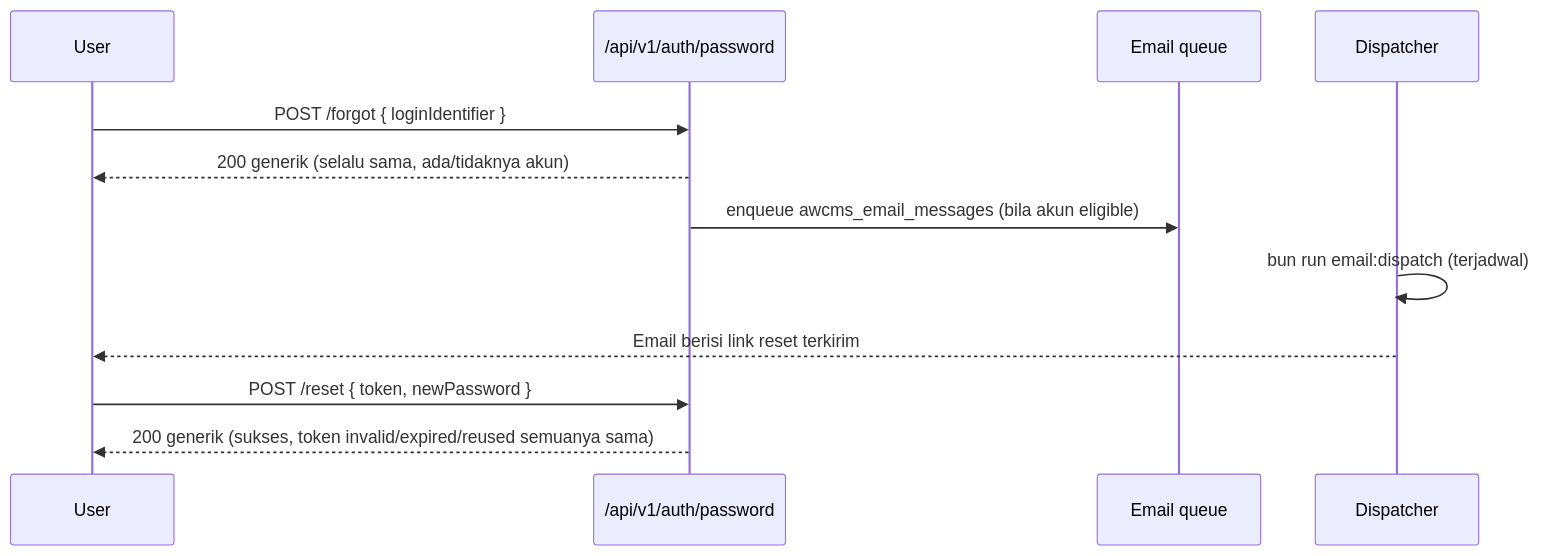
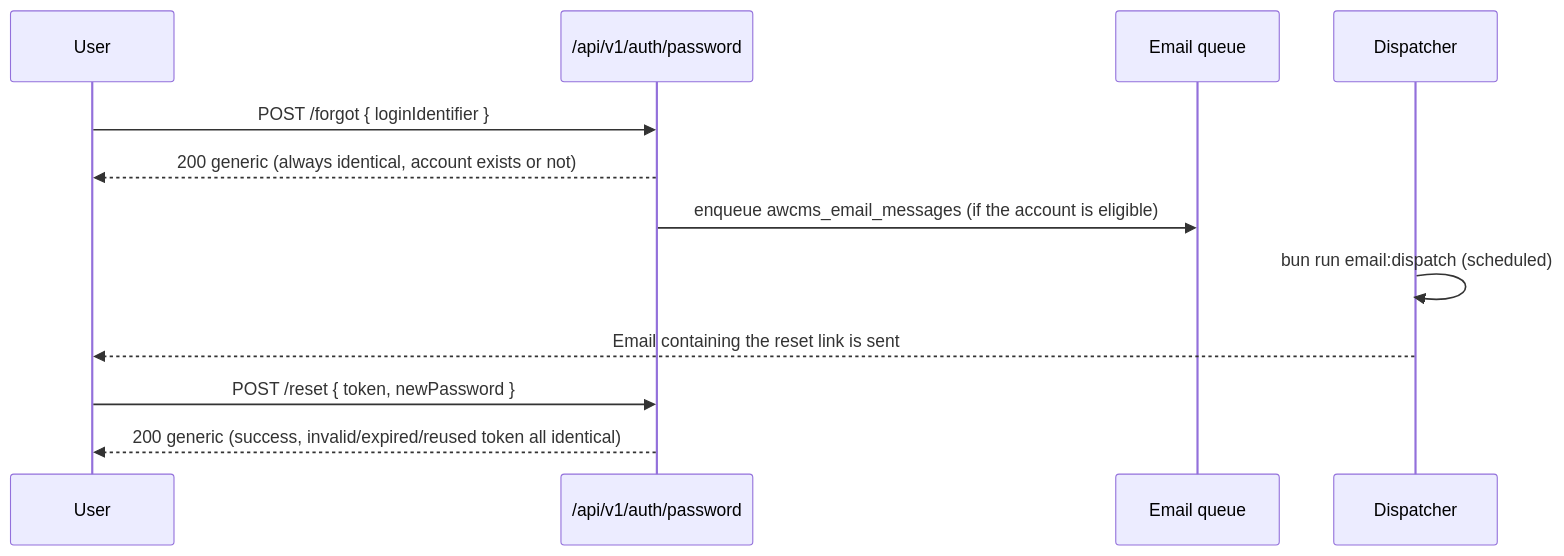
Before and after one commit to ahliweb/awcms: the fifth of 5 diagrams in docs/awcms/08_sop_operasional_user_guide.md, drawn with Mermaid. The commit also changed other lines of this file and 603 other files, not shown here.

````diff
--- a/docs/awcms/08_sop_operasional_user_guide.md
+++ b/docs/awcms/08_sop_operasional_user_guide.md
@@ -446,14 +448,14 @@
 ```mermaid
 sequenceDiagram
   participant U as User
   participant API as /api/v1/auth/password
   participant Q as Email queue
   participant D as Dispatcher
   U->>API: POST /forgot { loginIdentifier }
-  API-->>U: 200 generik (selalu sama, ada/tidaknya akun)
-  API->>Q: enqueue awcms_email_messages (bila akun eligible)
-  D->>D: bun run email:dispatch (terjadwal)
-  D-->>U: Email berisi link reset terkirim
+  API-->>U: 200 generic (always identical, account exists or not)
+  API->>Q: enqueue awcms_email_messages (if the account is eligible)
+  D->>D: bun run email:dispatch (scheduled)
+  D-->>U: Email containing the reset link is sent
   U->>API: POST /reset { token, newPassword }
-  API-->>U: 200 generik (sukses, token invalid/expired/reused semuanya sama)
+  API-->>U: 200 generic (success, invalid/expired/reused token all identical)
 ```
````
